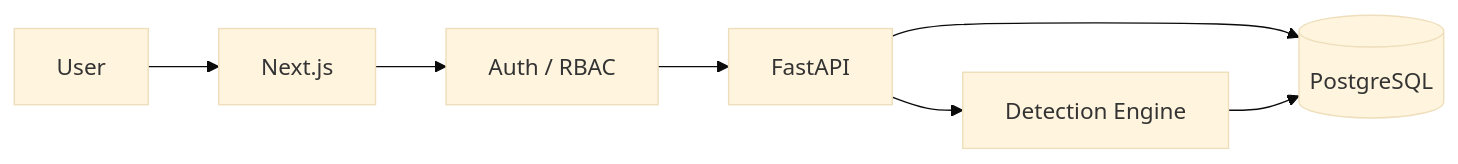
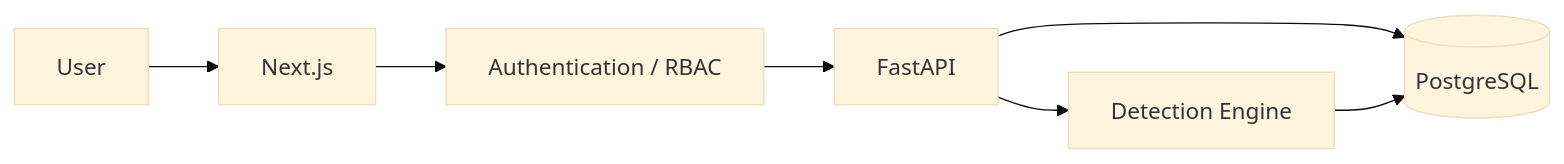
The diagram in README.md (danielguillaumont/case-zero), drawn with Mermaid (base theme) before and after one commit. The commit also changed other lines of this file, not shown here.

````diff
--- a/README.md
+++ b/README.md
@@ -199,16 +227,16 @@
 ```mermaid
 flowchart LR
     USER["User"]
     UI["Next.js"]
-    AUTH["Auth / RBAC"]
+    AUTH["Authentication / RBAC"]
     API["FastAPI"]
     DET["Detection Engine"]
     DB[("PostgreSQL")]
 
     USER --> UI
     UI --> AUTH
     AUTH --> API
     API --> DET
     API --> DB
     DET --> DB
 ```
````
